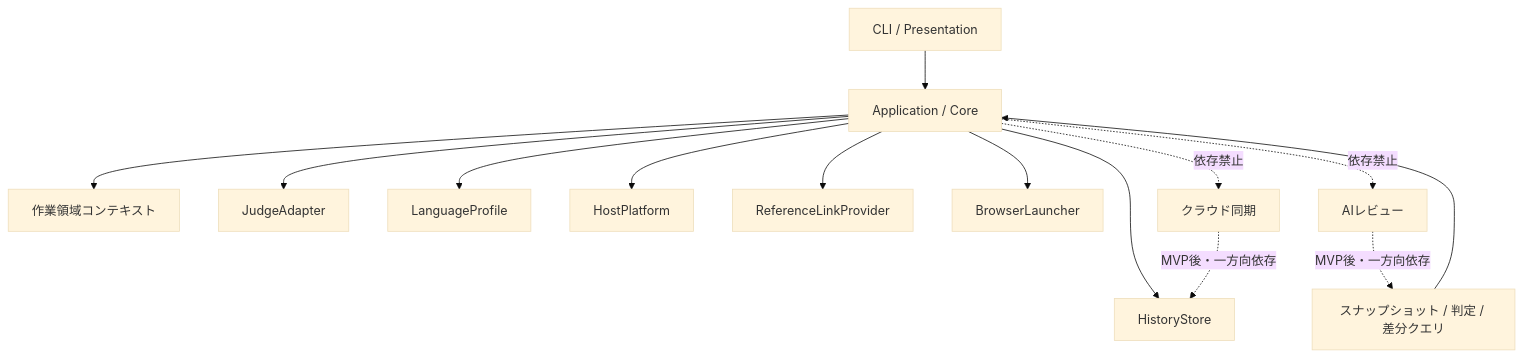
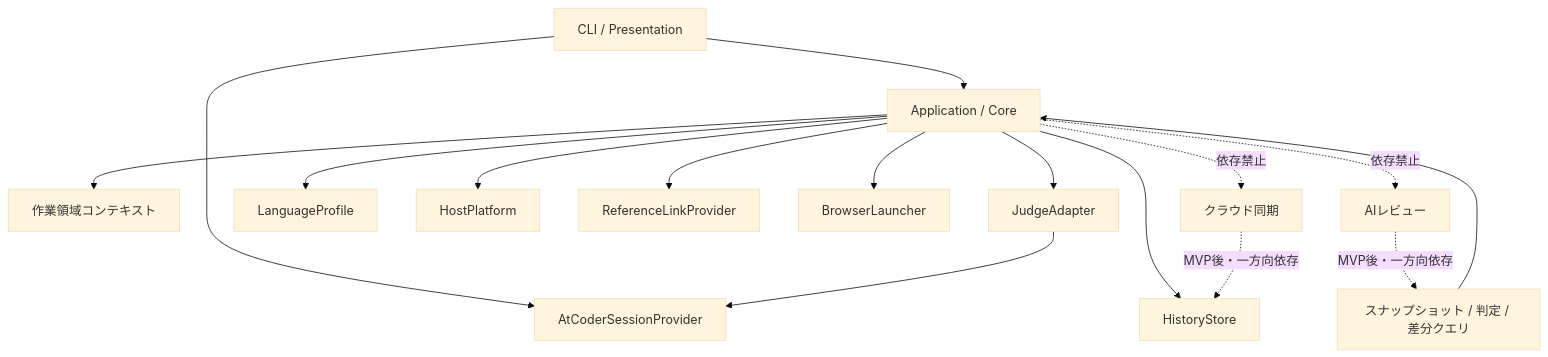
Before and after one commit to mgmaru/algo-loom: the third of 3 diagrams in spec/features.md, drawn with Mermaid (base theme). The commit also changed other lines of this file and 19 other files, not shown here.

Commit message:
docs: adopt AtCoder browser session authentication

````diff
--- a/spec/features.md
+++ b/spec/features.md
@@ -728,17 +736,19 @@
 ```mermaid
 flowchart TB
     CLI[CLI / Presentation] --> CORE[Application / Core]
     CORE --> CTX[作業領域コンテキスト]
     CORE --> J[JudgeAdapter]
     CORE --> L[LanguageProfile]
     CORE --> H[HostPlatform]
     CORE --> S[HistoryStore]
     CORE --> R[ReferenceLinkProvider]
     CORE --> B[BrowserLauncher]
+    CLI --> A[AtCoderSessionProvider]
+    J --> A
 
     AI[AIレビュー] -. MVP後・一方向依存 .-> Q[スナップショット / 判定 / 差分クエリ]
     Q --> CORE
     SYNC[クラウド同期] -. MVP後・一方向依存 .-> S
     CORE -. 依存禁止 .-> AI
     CORE -. 依存禁止 .-> SYNC
 ```
````
